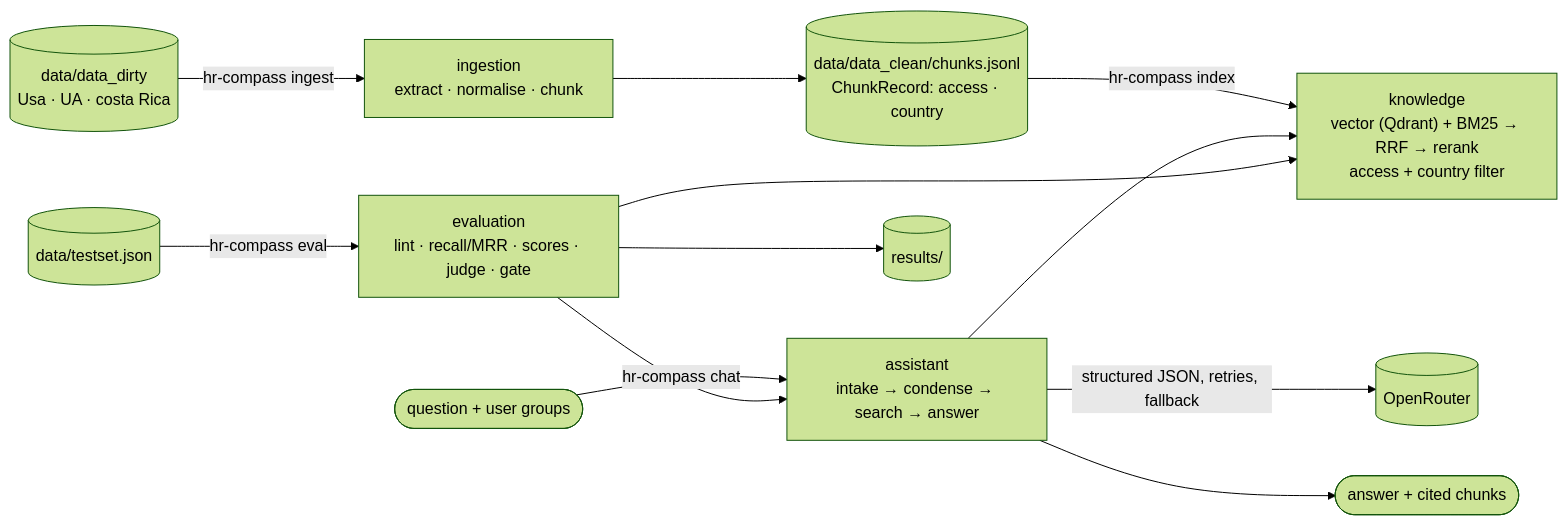
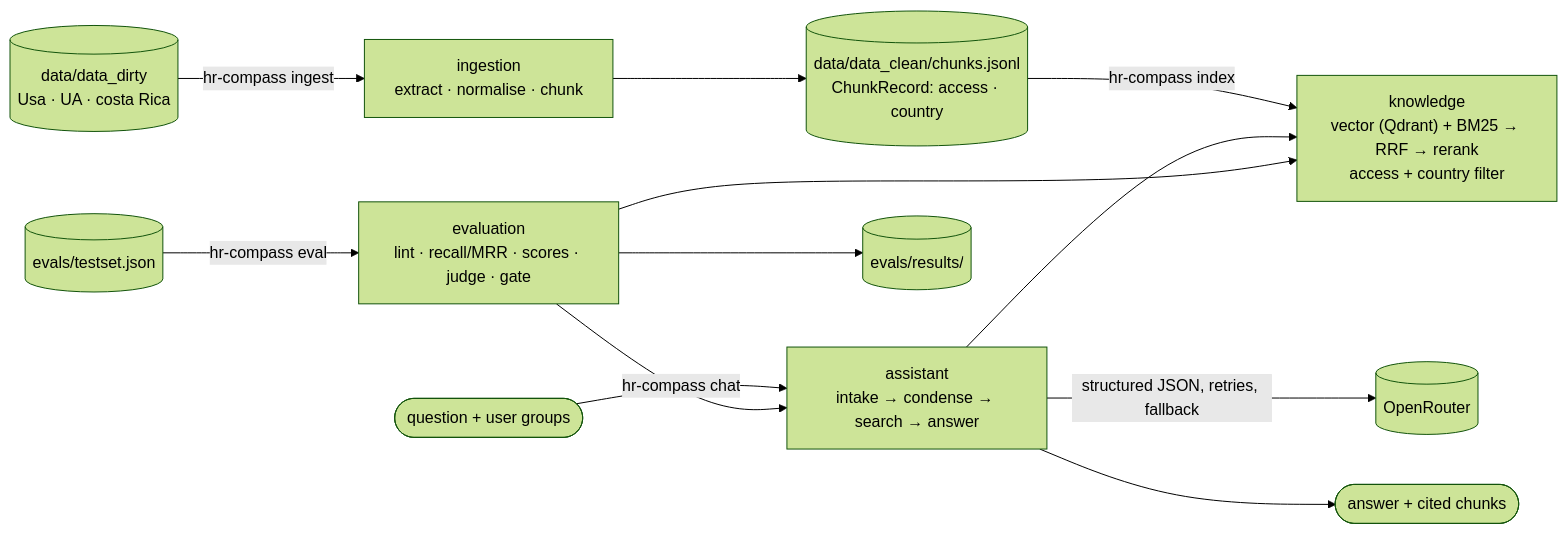
The diagram in README.md (Yurchis/HR-Compas), drawn with Mermaid (forest theme) before and after one commit. The commit also changed other lines of this file and 40 other files, not shown here.

First line of the commit message:
Collect the evals in evals/: testset, labels, review sheet, results

````diff
--- a/README.md
+++ b/README.md
@@ -42,14 +43,14 @@
 ```mermaid
 flowchart LR
     DOCS[("data/data_dirty<br/>Usa · UA · costa Rica")] -->|hr-compass ingest| ING["ingestion<br/>extract · normalise · chunk"]
     ING --> CHUNKS[("data/data_clean/chunks.jsonl<br/>ChunkRecord: access · country")]
     CHUNKS -->|hr-compass index| KN["knowledge<br/>vector (Qdrant) + BM25 → RRF → rerank<br/>access + country filter"]
     Q(["question + user groups"]) -->|hr-compass chat| AS["assistant<br/>intake → condense → search → answer"]
     AS --> KN
     AS -->|"structured JSON, retries, fallback"| OR[("OpenRouter")]
     AS --> R(["answer + cited chunks"])
-    TS[("data/testset.json")] -->|hr-compass eval| EV["evaluation<br/>lint · recall/MRR · scores · judge · gate"]
+    TS[("evals/testset.json")] -->|hr-compass eval| EV["evaluation<br/>lint · recall/MRR · scores · judge · gate"]
     EV --> KN
     EV --> AS
-    EV --> RES[("results/")]
+    EV --> RES[("evals/results/")]
 ```
````
